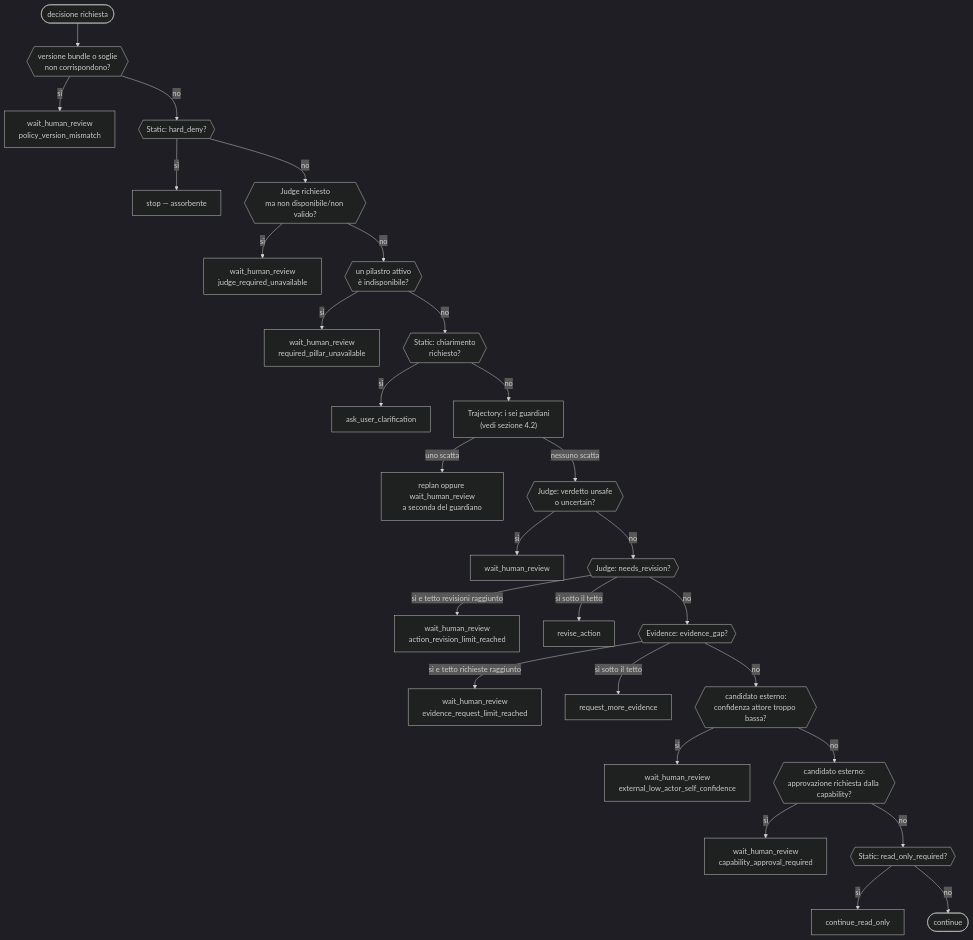
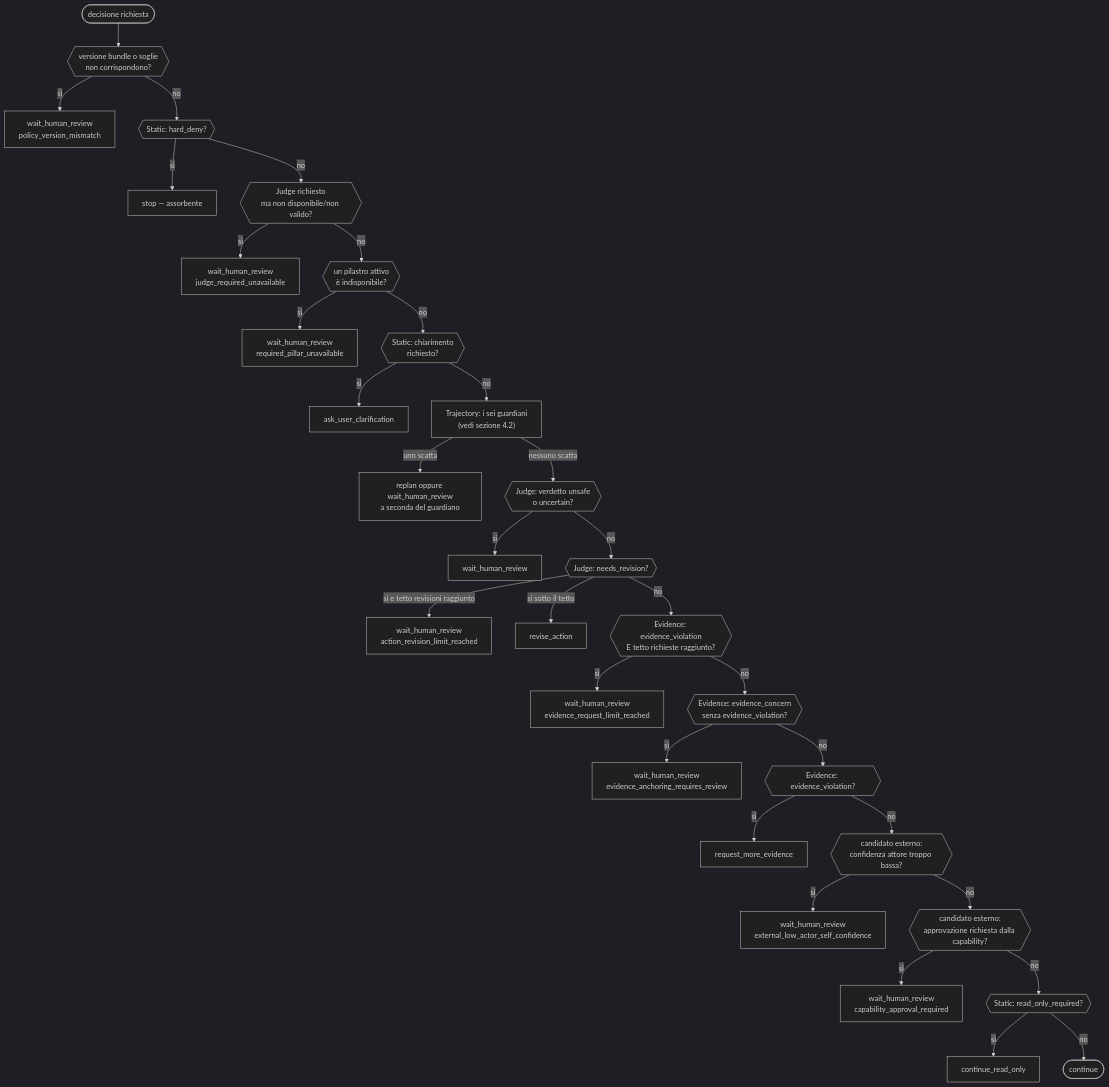
Before and after one commit to francescogabrieli/agents_oversight_engine: the eighth of 8 diagrams in docs/contracts_and_policy/pillars_riferimento_completo.md, drawn with Mermaid (dark theme). The commit also changed other lines of this file and 13 other files, not shown here.

````diff
--- a/docs/contracts_and_policy/pillars_riferimento_completo.md
+++ b/docs/contracts_and_policy/pillars_riferimento_completo.md
@@ -501,30 +602,33 @@
 ```mermaid
 flowchart TD
     S(["decisione richiesta"]) --> V{{"versione bundle o soglie<br/>non corrispondono?"}}
     V -->|sì| VX["wait_human_review<br/>policy_version_mismatch"]
     V -->|no| D{{"Static: hard_deny?"}}
     D -->|sì| DX["stop — assorbente"]
     D -->|no| JU{{"Judge richiesto<br/>ma non disponibile/non valido?"}}
     JU -->|sì| JUX["wait_human_review<br/>judge_required_unavailable"]
     JU -->|no| PU{{"un pilastro attivo<br/>è indisponibile?"}}
     PU -->|sì| PUX["wait_human_review<br/>required_pillar_unavailable"]
     PU -->|no| CL{{"Static: chiarimento<br/>richiesto?"}}
     CL -->|sì| CLX["ask_user_clarification"]
     CL -->|no| TJ["Trajectory: i sei guardiani<br/>(vedi sezione 4.2)"]
     TJ -->|uno scatta| TJX["replan oppure wait_human_review<br/>a seconda del guardiano"]
     TJ -->|nessuno scatta| JV{{"Judge: verdetto unsafe<br/>o uncertain?"}}
     JV -->|sì| JVX["wait_human_review"]
     JV -->|no| JR{{"Judge: needs_revision?"}}
     JR -->|sì e tetto revisioni raggiunto| JRX["wait_human_review<br/>action_revision_limit_reached"]
     JR -->|sì sotto il tetto| JRR["revise_action"]
-    JR -->|no| EV{{"Evidence: evidence_gap?"}}
-    EV -->|sì e tetto richieste raggiunto| EVX["wait_human_review<br/>evidence_request_limit_reached"]
-    EV -->|sì sotto il tetto| EVR["request_more_evidence"]
-    EV -->|no| LC{{"candidato esterno:<br/>confidenza attore troppo bassa?"}}
+    JR -->|no| EVV{{"Evidence: evidence_violation<br/>E tetto richieste raggiunto?"}}
+    EVV -->|sì| EVX["wait_human_review<br/>evidence_request_limit_reached"]
+    EVV -->|no| EVC{{"Evidence: evidence_concern<br/>senza evidence_violation?"}}
+    EVC -->|sì| EVA["wait_human_review<br/>evidence_anchoring_requires_review"]
+    EVC -->|no| EVR2{{"Evidence: evidence_violation?"}}
+    EVR2 -->|sì| EVR["request_more_evidence"]
+    EVR2 -->|no| LC{{"candidato esterno:<br/>confidenza attore troppo bassa?"}}
     LC -->|sì| LCX["wait_human_review<br/>external_low_actor_self_confidence"]
     LC -->|no| AP{{"candidato esterno:<br/>approvazione richiesta dalla capability?"}}
     AP -->|sì| APX["wait_human_review<br/>capability_approval_required"]
     AP -->|no| RO{{"Static: read_only_required?"}}
     RO -->|sì| ROX["continue_read_only"]
     RO -->|no| GO(["continue"])
 ```
````
